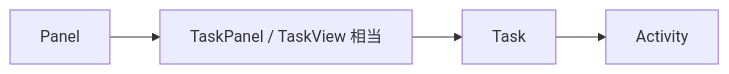
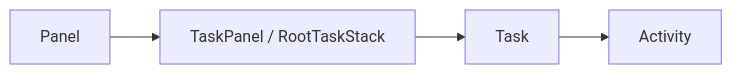
Before and after one commit to Nyma-fuk/scalableui-poc: the ninth of 9 diagrams in docs/aaos_app_layer_scalableui_scope_ja.md, drawn with Mermaid. The commit also changed other lines of this file and 16 other files, not shown here.

````diff
--- a/docs/aaos_app_layer_scalableui_scope_ja.md
+++ b/docs/aaos_app_layer_scalableui_scope_ja.md
@@ -615,6 +615,6 @@
 ```mermaid
 flowchart LR
-    P[Panel] --> TP[TaskPanel / TaskView 相当]
+    P[Panel] --> TP[TaskPanel / RootTaskStack]
     TP --> T[Task]
     T --> ACT[Activity]
 ```
````
